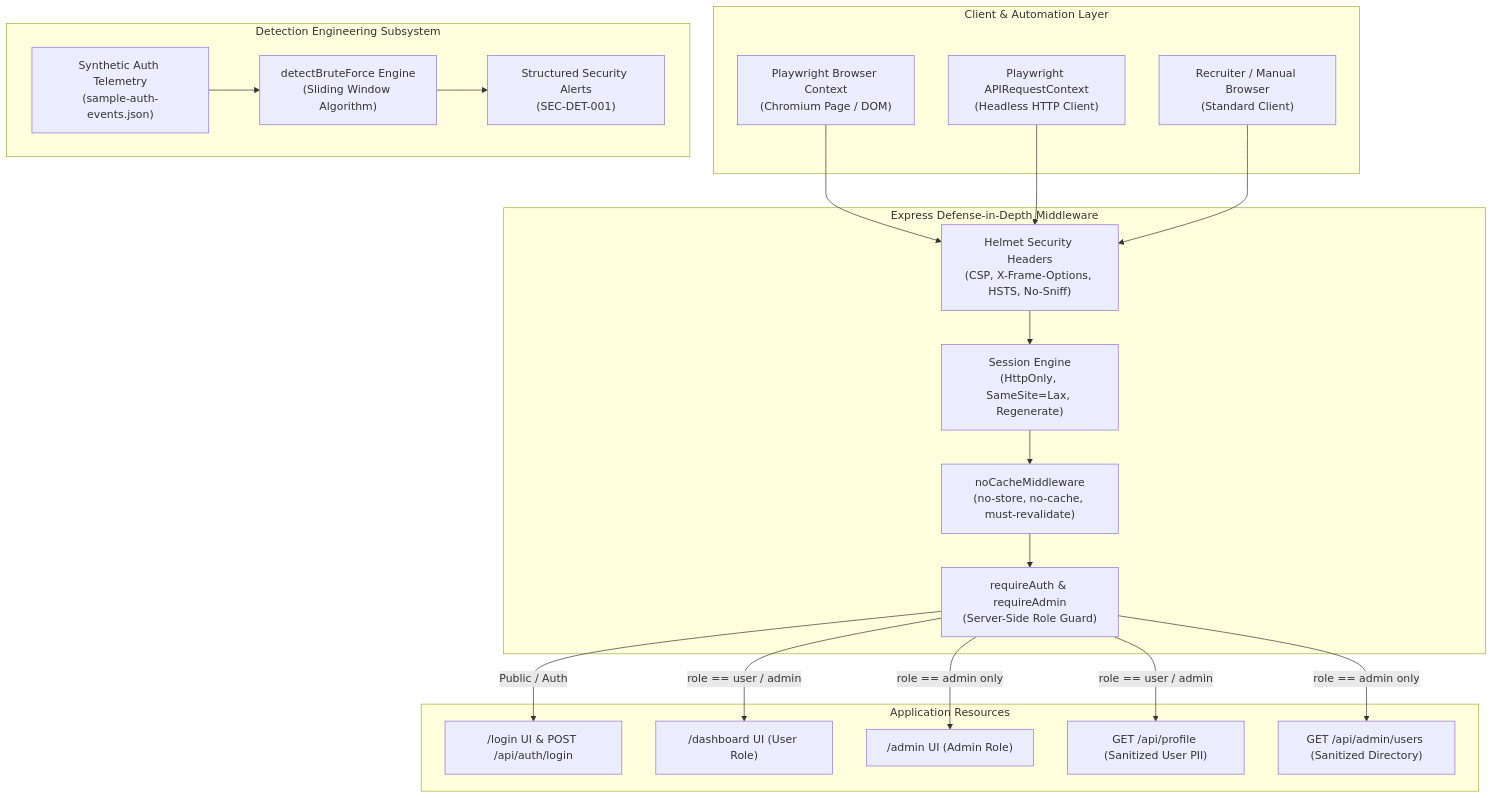
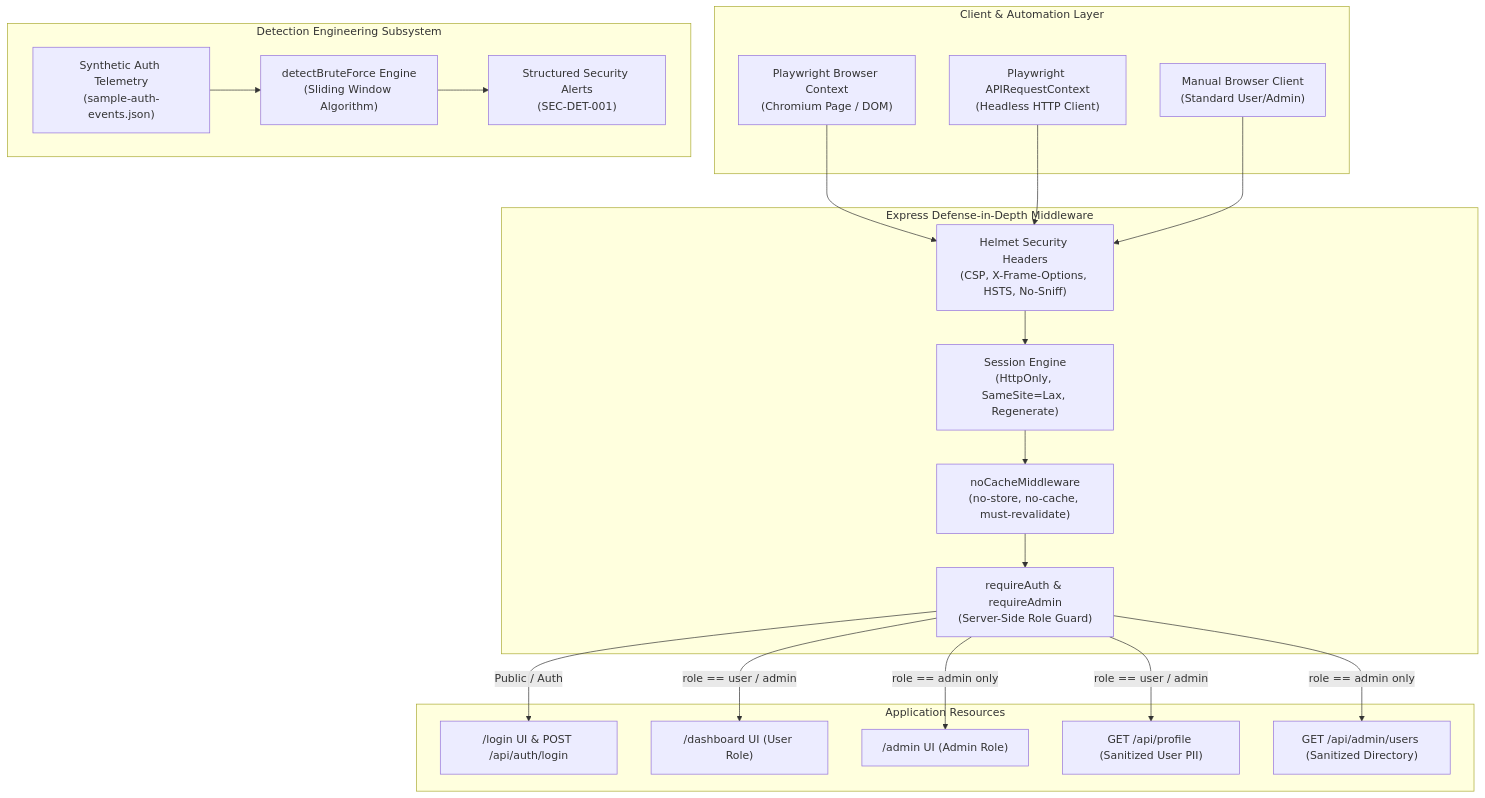
The first of 5 diagrams in docs/architecture.md (altafpasha/playwright-security-qa-lab), drawn with Mermaid before and after one commit. The commit also changed 1 other file, not shown here.

Commit message:
docs: remove recruiter demonstration script

````diff
--- a/docs/architecture.md
+++ b/docs/architecture.md
@@ -15,45 +15,45 @@
 ```mermaid
 flowchart TB
     subgraph ClientLayer["Client & Automation Layer"]
         PW_UI["Playwright Browser Context\n(Chromium Page / DOM)"]
         PW_API["Playwright APIRequestContext\n(Headless HTTP Client)"]
-        UserBrowser["Recruiter / Manual Browser\n(Standard Client)"]
+        UserBrowser["Manual Browser Client\n(Standard User/Admin)"]
     end
 
     subgraph SecurityMiddlewareLayer["Express Defense-in-Depth Middleware"]
         HelmetMW["Helmet Security Headers\n(CSP, X-Frame-Options, HSTS, No-Sniff)"]
         SessionMW["Session Engine\n(HttpOnly, SameSite=Lax, Regenerate)"]
         CacheMW["noCacheMiddleware\n(no-store, no-cache, must-revalidate)"]
         RBACMW["requireAuth & requireAdmin\n(Server-Side Role Guard)"]
     end
 
     subgraph AppEndpoints["Application Resources"]
         LoginUI["/login UI & POST /api/auth/login"]
         DashUI["/dashboard UI (User Role)"]
         AdminUI["/admin UI (Admin Role)"]
         ProfileAPI["GET /api/profile (Sanitized User PII)"]
         AdminAPI["GET /api/admin/users (Sanitized Directory)"]
     end
 
     subgraph DetectionLayer["Detection Engineering Subsystem"]
         AuthLogs["Synthetic Auth Telemetry\n(sample-auth-events.json)"]
         RuleEngine["detectBruteForce Engine\n(Sliding Window Algorithm)"]
         Alerts["Structured Security Alerts\n(SEC-DET-001)"]
     end
 
     PW_UI --> HelmetMW
     PW_API --> HelmetMW
     UserBrowser --> HelmetMW
     HelmetMW --> SessionMW
     SessionMW --> CacheMW
     CacheMW --> RBACMW
 
     RBACMW -->|Public / Auth| LoginUI
     RBACMW -->|role == user / admin| DashUI
     RBACMW -->|role == user / admin| ProfileAPI
     RBACMW -->|role == admin only| AdminUI
     RBACMW -->|role == admin only| AdminAPI
 
     AuthLogs --> RuleEngine
     RuleEngine --> Alerts
 ```
````
